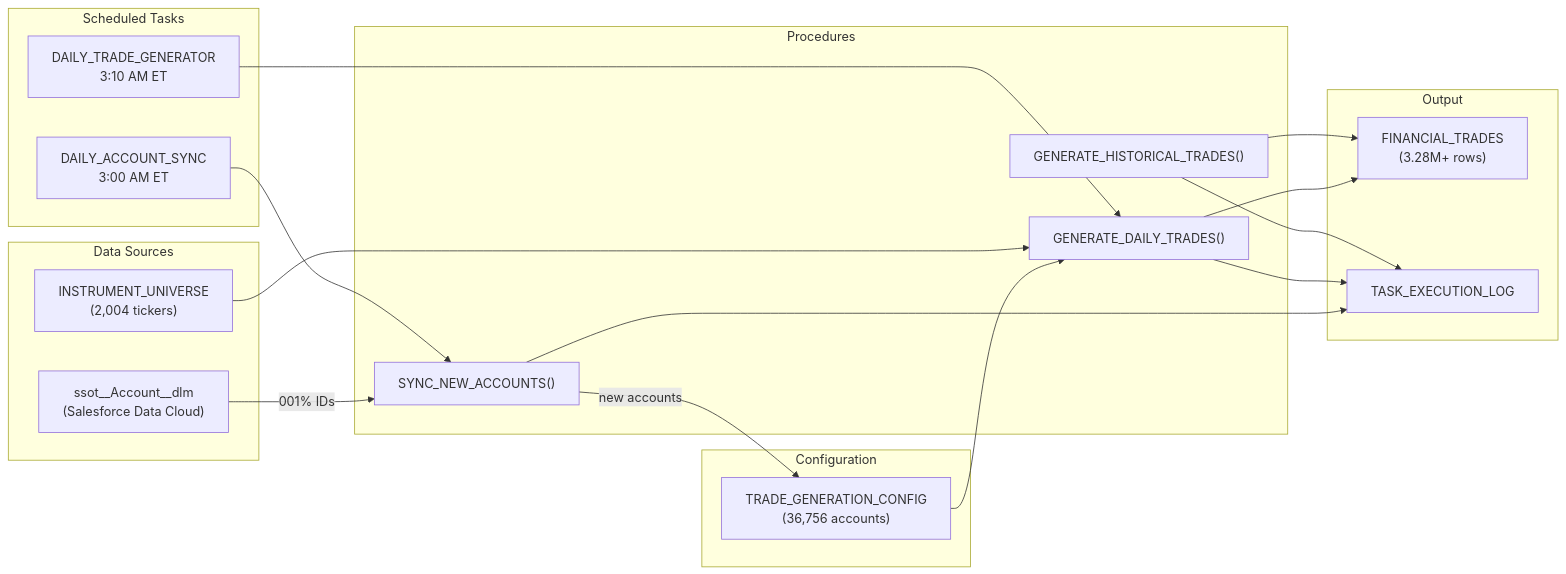
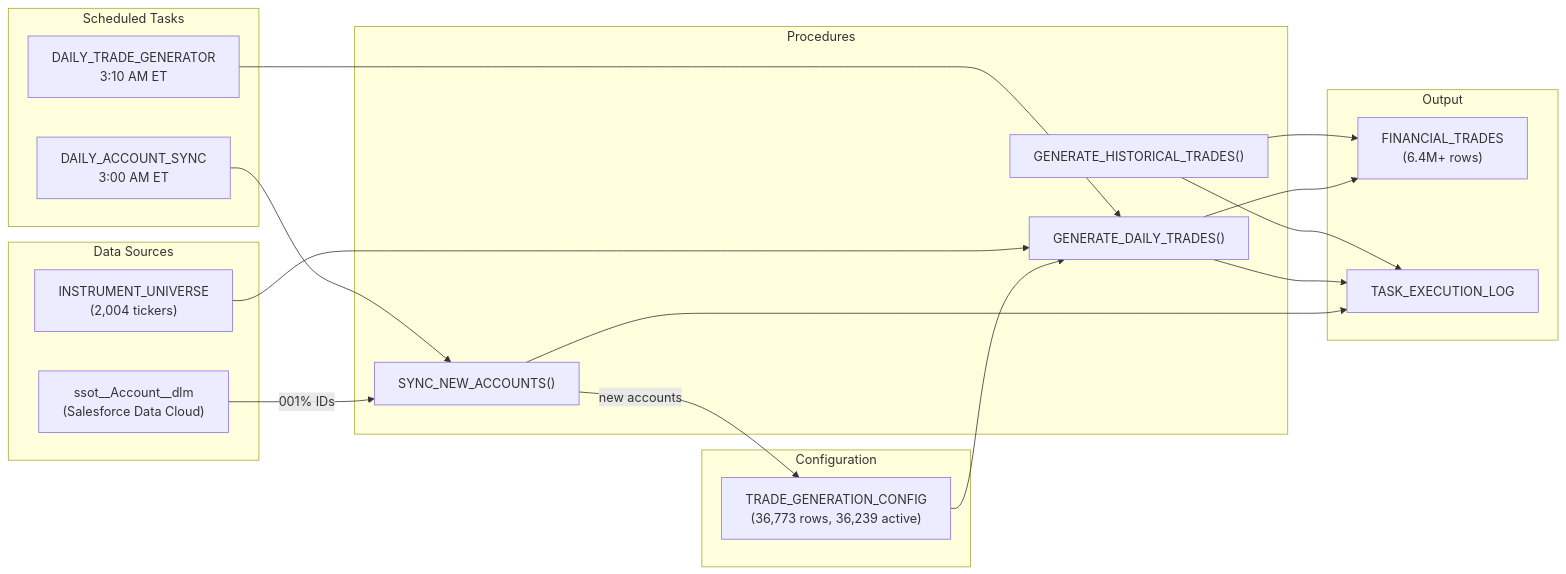
Before and after one commit to josers18/JDO: the diagram in Financial_Trades_Generation/README.md, drawn with Mermaid. The commit also changed other lines of this file and 103 other files, not shown here.

First line of the commit message:
feat(cumulus): Plans 14–16 LIVE + BoardEx/ZoomInfo fixes, deterministic share reads, Financial_Trades hardening (migrations 003–007) (#153)

````diff
--- a/Financial_Trades_Generation/README.md
+++ b/Financial_Trades_Generation/README.md
@@ -35,39 +35,39 @@
 ```mermaid
 graph LR
     subgraph "Data Sources"
         A["ssot__Account__dlm<br/>(Salesforce Data Cloud)"]
         B["INSTRUMENT_UNIVERSE<br/>(2,004 tickers)"]
     end
 
     subgraph "Configuration"
-        C["TRADE_GENERATION_CONFIG<br/>(36,756 accounts)"]
+        C["TRADE_GENERATION_CONFIG<br/>(36,773 rows, 36,239 active)"]
     end
 
     subgraph "Scheduled Tasks"
         T1["DAILY_ACCOUNT_SYNC<br/>3:00 AM ET"]
         T2["DAILY_TRADE_GENERATOR<br/>3:10 AM ET"]
     end
 
     subgraph "Procedures"
         P1["SYNC_NEW_ACCOUNTS()"]
         P2["GENERATE_DAILY_TRADES()"]
         P3["GENERATE_HISTORICAL_TRADES()"]
     end
 
     subgraph "Output"
-        D["FINANCIAL_TRADES<br/>(3.28M+ rows)"]
+        D["FINANCIAL_TRADES<br/>(6.4M+ rows)"]
         E["TASK_EXECUTION_LOG"]
     end
 
     A -->|"001% IDs"| P1
     T1 --> P1
     P1 -->|"new accounts"| C
     C --> P2
     B --> P2
     T2 --> P2
     P2 --> D
     P3 --> D
     P1 --> E
     P2 --> E
     P3 --> E
 ```
````
